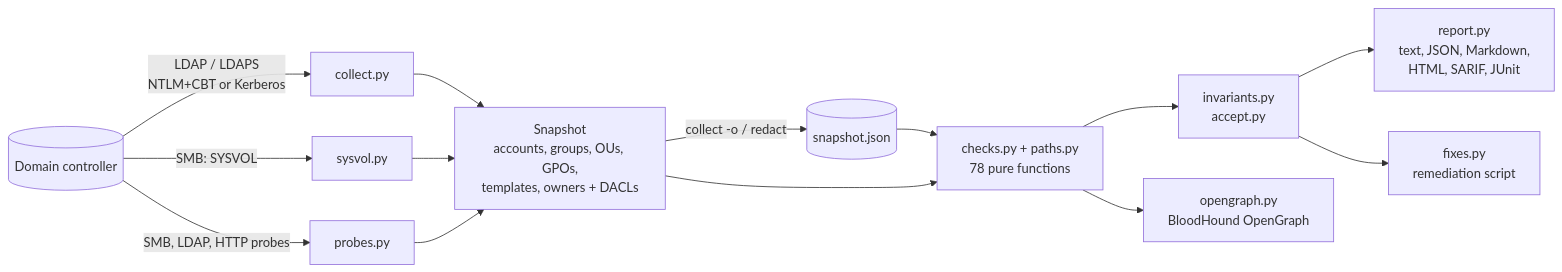
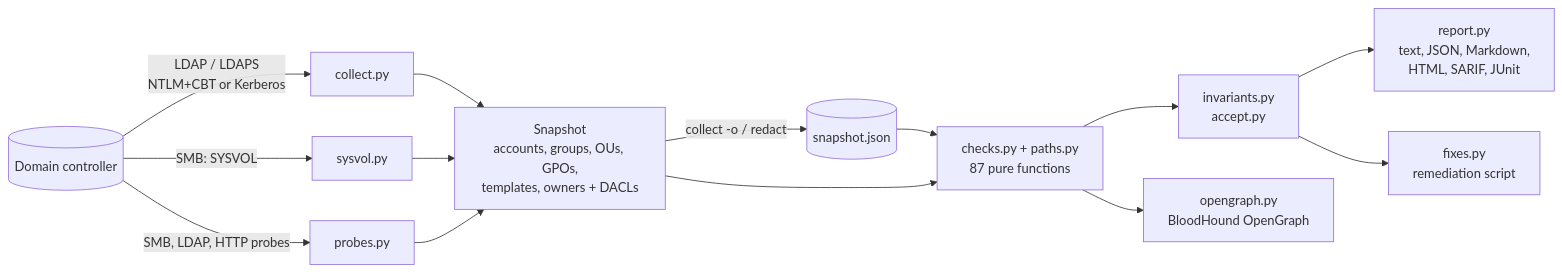
Before and after one commit to brkozer/ad-doctor: the diagram in README.md, drawn with Mermaid. The commit also changed other lines of this file and 137 other files, not shown here.

````diff
--- a/README.md
+++ b/README.md
@@ -255,16 +335,16 @@
 ```mermaid
 flowchart LR
     DC[(Domain controller)] -- "LDAP / LDAPS<br/>NTLM+CBT or Kerberos" --> C[collect.py]
     DC -- "SMB: SYSVOL" --> V[sysvol.py]
     DC -- "SMB, LDAP, HTTP probes" --> P[probes.py]
     C --> S[Snapshot<br/>accounts, groups, OUs, GPOs,<br/>templates, owners + DACLs]
     V --> S
     P --> S
     S -- "collect -o / redact" --> F[(snapshot.json)]
     F --> A
-    S --> A[checks.py + paths.py<br/>78 pure functions]
+    S --> A[checks.py + paths.py<br/>87 pure functions]
     A --> I[invariants.py<br/>accept.py]
     I --> R[report.py<br/>text, JSON, Markdown,<br/>HTML, SARIF, JUnit]
     I --> X[fixes.py<br/>remediation script]
     A --> O[opengraph.py<br/>BloodHound OpenGraph]
 ```
````
